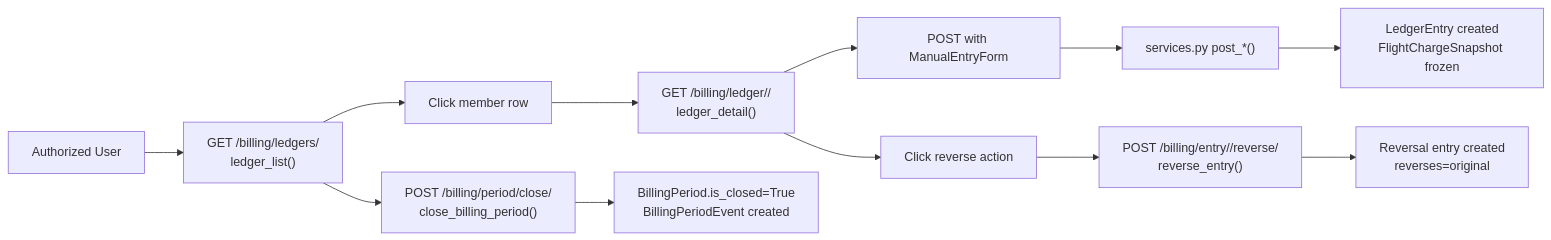
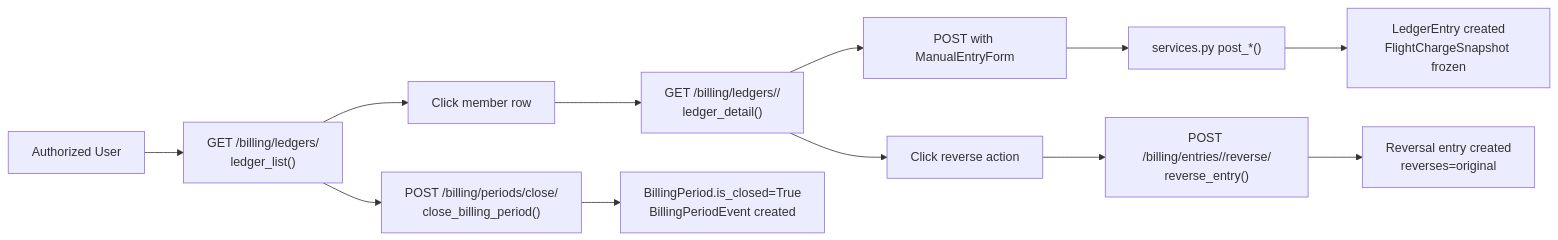
The diagram in billing/docs/views.md (pietbarber/Manage2Soar), drawn with Mermaid before and after one commit. The commit also changed other lines of this file and 8 other files, not shown here.

````diff
--- a/billing/docs/views.md
+++ b/billing/docs/views.md
@@ -242,17 +242,17 @@
 ```mermaid
 flowchart LR
     User[Authorized User] --> LedgerList["GET /billing/ledgers/\nledger_list()"]
     LedgerList --> MemberClick["Click member row"]
-    MemberClick --> LedgerDetail["GET /billing/ledger/<id>/\nledger_detail()"]
+    MemberClick --> LedgerDetail["GET /billing/ledgers/<id>/\nledger_detail()"]
 
     LedgerDetail --> FormSubmit["POST with ManualEntryForm"]
     FormSubmit --> ServicePost["services.py post_*()"]
     ServicePost --> LedgerEntry["LedgerEntry created\nFlightChargeSnapshot frozen"]
 
     LedgerDetail --> ReverseClick["Click reverse action"]
-    ReverseClick --> ReverseView["POST /billing/entry/<id>/reverse/\nreverse_entry()"]
+    ReverseClick --> ReverseView["POST /billing/entries/<id>/reverse/\nreverse_entry()"]
     ReverseView --> Reversal["Reversal entry created\nreverses=original"]
 
-    LedgerList --> PeriodClose["POST /billing/period/close/\nclose_billing_period()"]
+    LedgerList --> PeriodClose["POST /billing/periods/close/\nclose_billing_period()"]
     PeriodClose --> BillingPeriod["BillingPeriod.is_closed=True\nBillingPeriodEvent created"]
 ```
````
